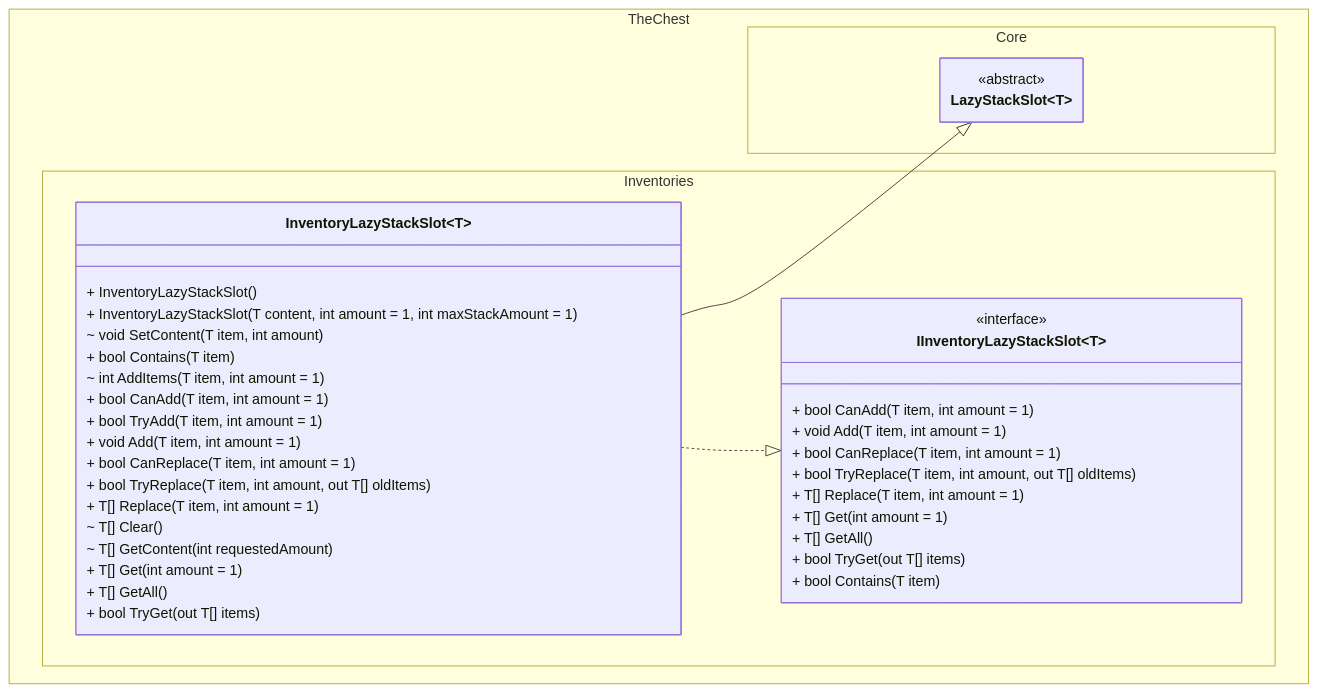
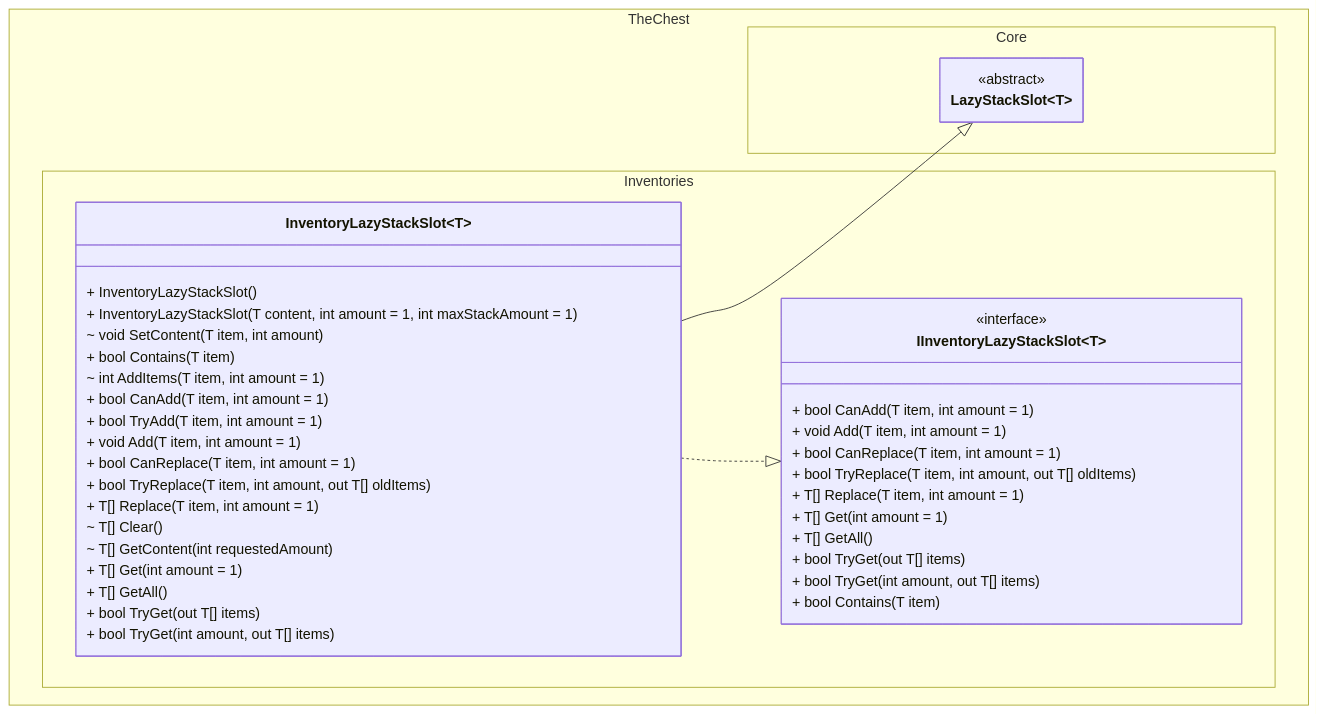
The second of 2 diagrams in docs/lazy_stack_inventory/class_diagram.md (The-Chest/TheChest.Inventories), drawn with Mermaid before and after one commit. The commit also changed other lines of this file, not shown here.

Commit message:
Changes in docs

````diff
--- a/docs/lazy_stack_inventory/class_diagram.md
+++ b/docs/lazy_stack_inventory/class_diagram.md
@@ -136,59 +137,61 @@
 ```mermaid
 ---
 config:
   theme: mc
   look: classic
   class:
     hideEmptyMembersBox: true
 ---
 classDiagram
 direction TB
 
 namespace TheChest.Core {
     class LazyStackSlot~T~ {
     }
 }
 <<abstract>> LazyStackSlot
 
 namespace TheChest.Inventories {
     class IInventoryLazyStackSlot~T~ {
         + bool CanAdd(T item, int amount = 1)
         + void Add(T item, int amount = 1)
 
         + bool CanReplace(T item, int amount = 1)
         + bool TryReplace(T item, int amount, out T[] oldItems)
         + T[] Replace(T item, int amount = 1)
 
         + T[] Get(int amount = 1)
         + T[] GetAll()
         + bool TryGet(out T[] items)
+        + bool TryGet(int amount, out T[] items)
         + bool Contains(T item)
     }
     class InventoryLazyStackSlot~T~ {
         + InventoryLazyStackSlot()
         + InventoryLazyStackSlot(T content, int amount = 1, int maxStackAmount = 1)
         
         ~ void SetContent(T item, int amount)
 
         + bool Contains(T item)
         
         ~ int AddItems(T item, int amount = 1)
         + bool CanAdd(T item, int amount = 1)
         + bool TryAdd(T item, int amount = 1)
         + void Add(T item, int amount = 1)
         
         + bool CanReplace(T item, int amount = 1)
         + bool TryReplace(T item, int amount, out T[] oldItems)
         + T[] Replace(T item, int amount = 1)
         
         ~ T[] Clear()
         ~ T[] GetContent(int requestedAmount)
         + T[] Get(int amount = 1)
         + T[] GetAll()
         + bool TryGet(out T[] items)
+        + bool TryGet(int amount, out T[] items)
     }
 }
 <<interface>> IInventoryLazyStackSlot
 InventoryLazyStackSlot~T~ --|> LazyStackSlot~T~
 InventoryLazyStackSlot~T~ ..|> IInventoryLazyStackSlot~T~
 ```
````
